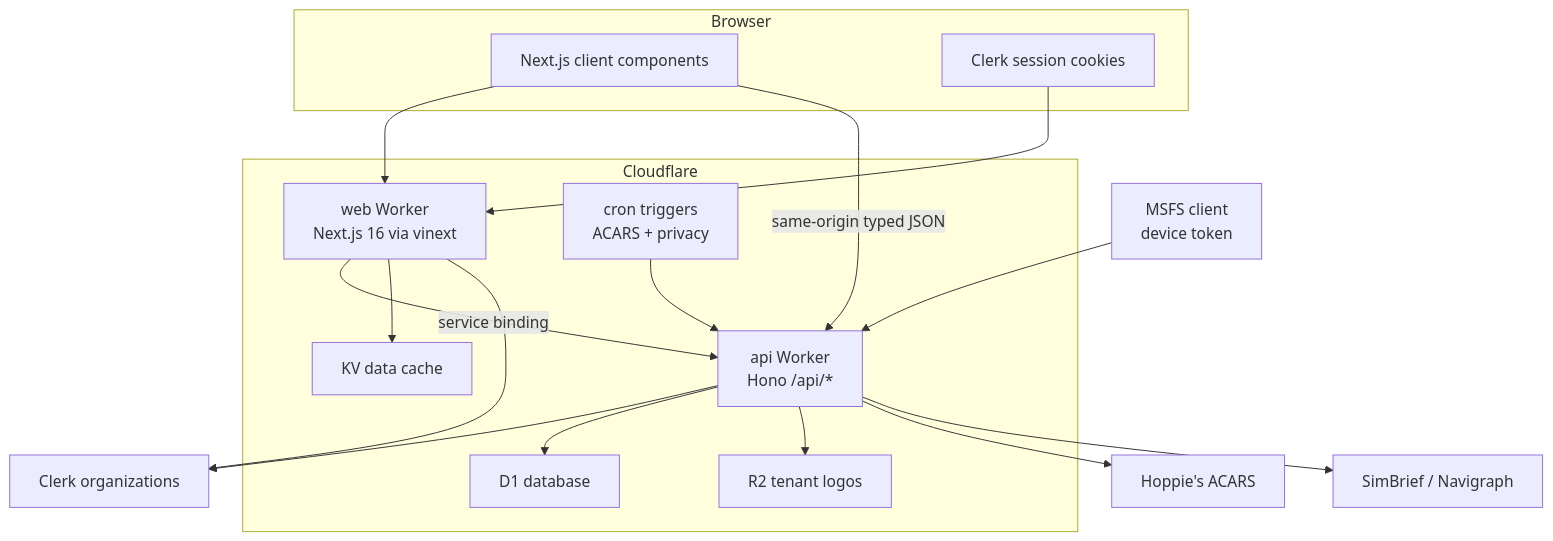
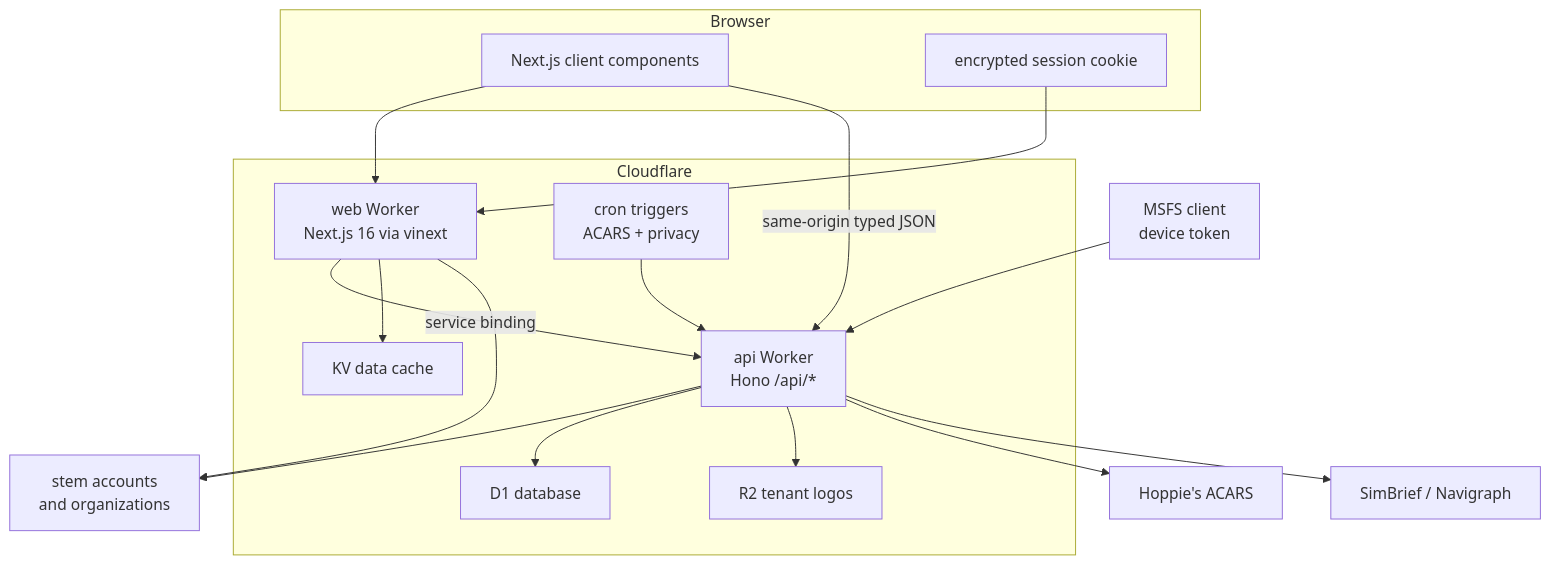
One commit to shiftbloom-studio/va-dispatcher changed the first of 2 diagrams in wiki/Architecture.md. Above: the diagram before and after it, drawn with Mermaid. The commit also changed other lines of this file and 87 other files, not shown here.

First line of the commit message:
feat(web): sign in with stem instead of Clerk

````diff
--- a/wiki/Architecture.md
+++ b/wiki/Architecture.md
@@ -17,35 +17,35 @@
 ```mermaid
 flowchart TB
     subgraph Browser
       UI["Next.js client components"]
-      CK["Clerk session cookies"]
+      CK["encrypted session cookie"]
     end
 
     subgraph Cloudflare
       WEB["web Worker<br/>Next.js 16 via vinext"]
       API["api Worker<br/>Hono /api/*"]
       CRON["cron triggers<br/>ACARS + privacy"]
       KV["KV data cache"]
       R2["R2 tenant logos"]
       DB["D1 database"]
     end
 
-    CLERK["Clerk organizations"]
+    STEM["stem accounts<br/>and organizations"]
     HOPPIE["Hoppie's ACARS"]
     SIMBRIEF["SimBrief / Navigraph"]
     MSFS["MSFS client<br/>device token"]
 
     UI --> WEB
     CK --> WEB
     WEB -->|"service binding"| API
     WEB --> KV
     UI -->|"same-origin typed JSON"| API
-    WEB --> CLERK
-    API --> CLERK
+    WEB --> STEM
+    API --> STEM
     API --> DB
     API --> R2
     API --> HOPPIE
     API --> SIMBRIEF
     MSFS --> API
     CRON --> API
 ```
````
